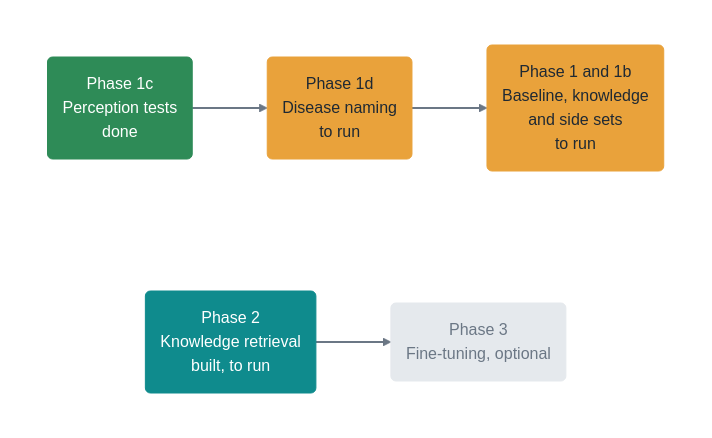
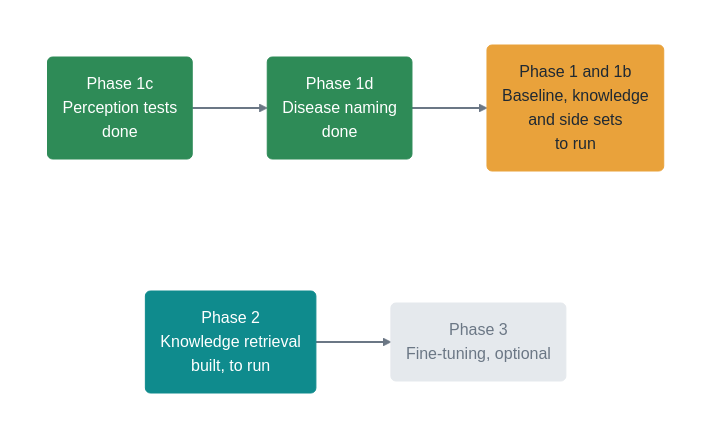
The diagram in deliverables/diagrams/fig_roadmap.mmd (Ankritjarngal/medvqa-cxr-chexagent), drawn with Mermaid before and after one commit. The commit also changed 22 other files, not shown here.

Commit message:
Add run 7 (notebook 04, disease naming with the image): findings, slide 9, report section 5.3, roadmap, docs

```diff
--- a/deliverables/diagrams/fig_roadmap.mmd
+++ b/deliverables/diagrams/fig_roadmap.mmd
@@ -1,22 +1,22 @@
 flowchart TB
   subgraph r1[" "]
     direction LR
-    P3("Phase 1c<br/>Perception tests<br/>done"):::ok --> P4("Phase 1d<br/>Disease naming<br/>to run"):::amber --> P1("Phase 1 and 1b<br/>Baseline, knowledge<br/>and side sets<br/>to run"):::amber
+    P3("Phase 1c<br/>Perception tests<br/>done"):::ok --> P4("Phase 1d<br/>Disease naming<br/>done"):::ok --> P1("Phase 1 and 1b<br/>Baseline, knowledge<br/>and side sets<br/>to run"):::amber
   end
   subgraph r2[" "]
     direction LR
     PH2("Phase 2<br/>Knowledge retrieval<br/>built, to run"):::accent --> PH3("Phase 3<br/>Fine-tuning, optional"):::grey
   end
   r1 ~~~ r2
   style r1 fill:none,stroke:none
   style r2 fill:none,stroke:none
   linkStyle 0,1,2 stroke:#6B7785,stroke-width:2px
   linkStyle 3 stroke:none,fill:none
 classDef accent fill:#0F8B8D,stroke:#0F8B8D,color:#FFFFFF;
 classDef dark fill:#1F2933,stroke:#1F2933,color:#FFFFFF;
 classDef soft fill:#F2F5F7,stroke:#F2F5F7,color:#1F2933;
 classDef warn fill:#E4572E,stroke:#E4572E,color:#FFFFFF;
 classDef ok fill:#2E8B57,stroke:#2E8B57,color:#FFFFFF;
 classDef amber fill:#E9A23B,stroke:#E9A23B,color:#1F2933;
 classDef grey fill:#E5E9ED,stroke:#E5E9ED,color:#6B7785;
 linkStyle default stroke:#6B7785,stroke-width:2px;
```
